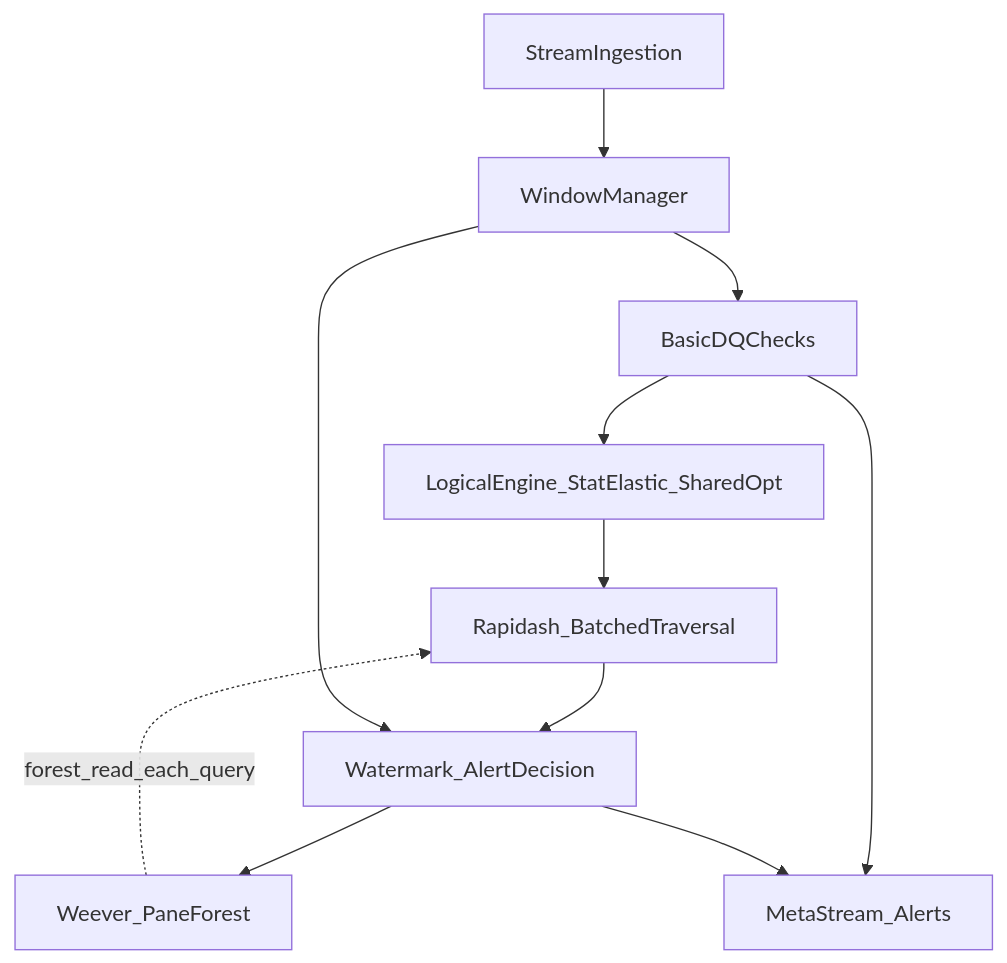
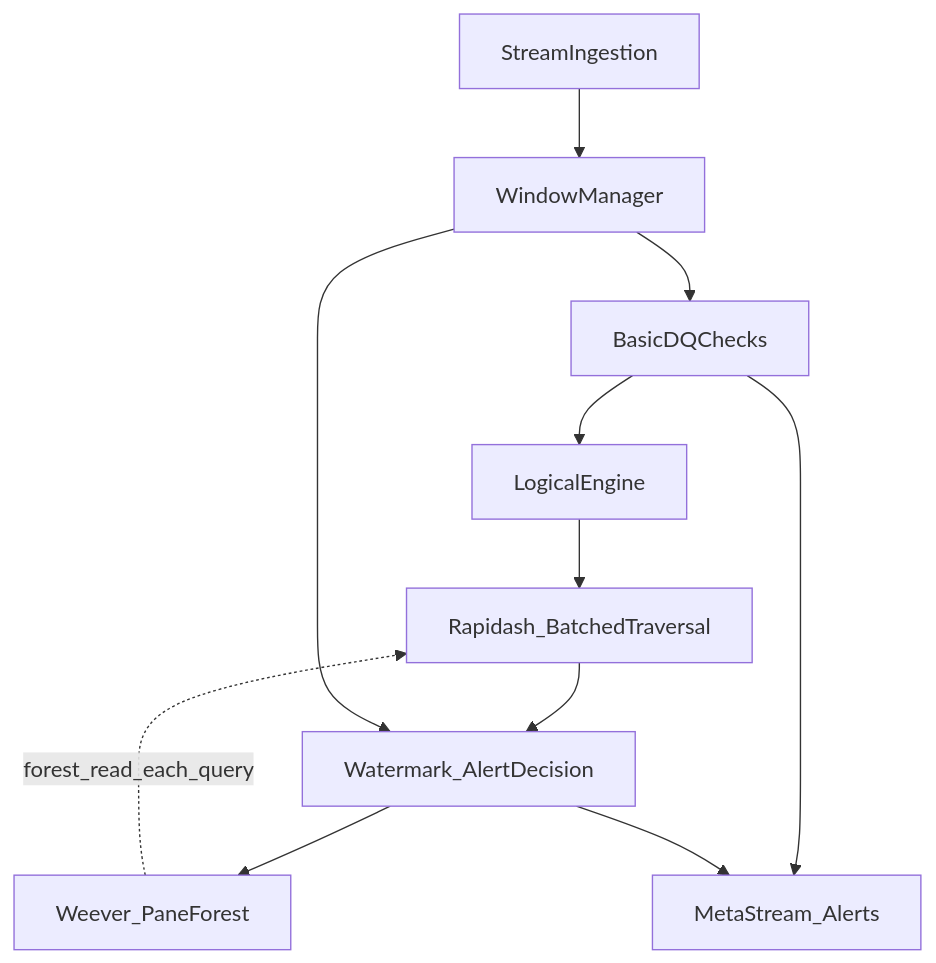
The diagram in docs/MASTER_AGENT_CHECKLIST.md (Tnemo65/the), drawn with Mermaid before and after one commit. The commit also changed other lines of this file and 4 other files, not shown here.

````diff
--- a/docs/MASTER_AGENT_CHECKLIST.md
+++ b/docs/MASTER_AGENT_CHECKLIST.md
@@ -78,21 +175,21 @@
 ```mermaid
 flowchart TD
   ingestion[StreamIngestion]
   wm[WindowManager]
   basic[BasicDQChecks]
-  logical[LogicalEngine_StatElastic_SharedOpt]
+  logical[LogicalEngine]
   rapidash[Rapidash_BatchedTraversal]
   decision[Watermark_AlertDecision]
   weever[Weever_PaneForest]
   out[MetaStream_Alerts]
   ingestion --> wm
   wm --> basic
   basic --> logical
   logical --> rapidash
   rapidash --> decision
   decision --> weever
   wm --> decision
   basic --> out
   decision --> out
   weever -.->|forest_read_each_query| rapidash
 ```
````
